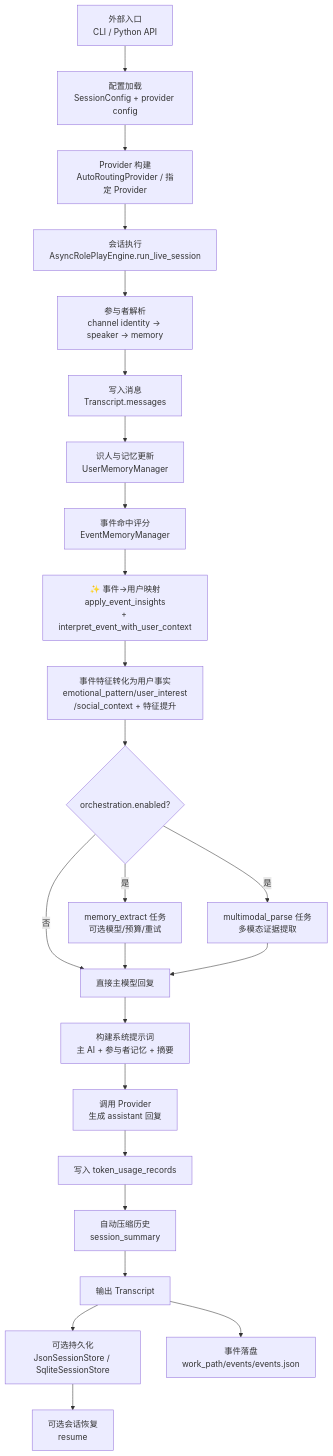
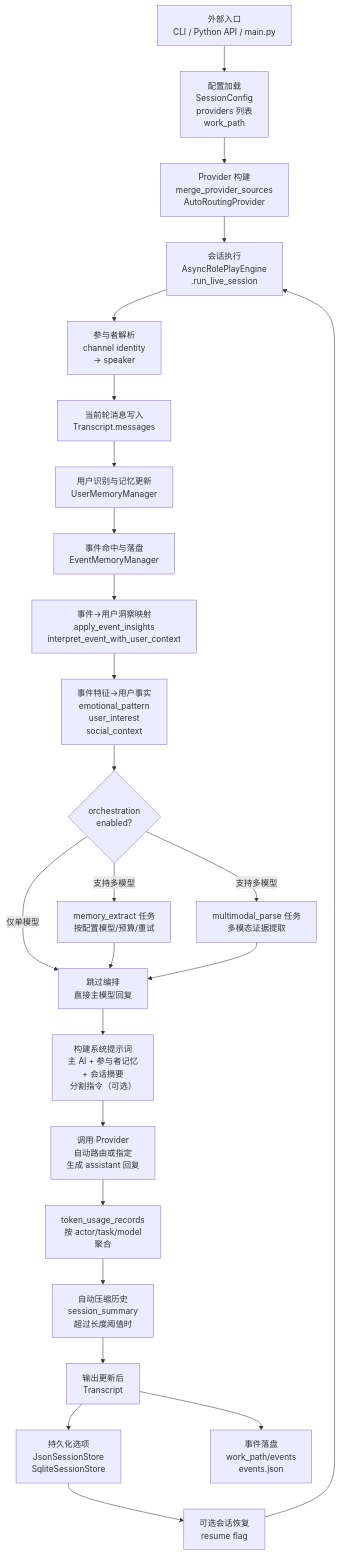
The first of 3 diagrams in docs/full-architecture-flow.md (Sparrived/SiriusChat), drawn with Mermaid before and after one commit. The commit also changed other lines of this file and 3 other files, not shown here.

````diff
--- a/docs/full-architecture-flow.md
+++ b/docs/full-architecture-flow.md
@@ -12,31 +12,32 @@
 ```mermaid
 flowchart TD
-    A[外部入口\nCLI / Python API] --> B[配置加载\nSessionConfig + provider config]
-    B --> C[Provider 构建\nAutoRoutingProvider / 指定 Provider]
-    C --> D[会话执行\nAsyncRolePlayEngine.run_live_session]
+    A["外部入口<br/>CLI / Python API / main.py"] --> B["配置加载<br/>SessionConfig<br/>providers 列表<br/>work_path"]
+    B --> C["Provider 构建<br/>merge_provider_sources<br/>AutoRoutingProvider"]
+    C --> D["会话执行<br/>AsyncRolePlayEngine<br/>.run_live_session"]
 
-    D --> E[参与者解析\nchannel identity -> speaker -> memory]
-    E --> F[写入消息\nTranscript.messages]
-    F --> G[识人与记忆更新\nUserMemoryManager]
-    G --> G2[事件命中评分\nEventMemoryManager]
+    D --> E["参与者解析<br/>channel identity<br/>-&gt; speaker"]
+    E --> F["当前轮消息写入<br/>Transcript.messages"]
+    F --> G["用户识别与记忆更新<br/>UserMemoryManager"]
+    G --> G2["事件命中与落盘<br/>EventMemoryManager"]
     
-    G2 --> G3[✨ 事件→用户映射\napply_event_insights\n+ interpret_event_with_user_context]
-    G3 --> G4[事件特征转化为用户事实\nemotional_pattern/user_interest\n/social_context + 特征提升]
+    G2 --> G3["事件→用户洞察映射<br/>apply_event_insights<br/>interpret_event_with_user_context"]
+    G3 --> G4["事件特征→用户事实<br/>emotional_pattern<br/>user_interest<br/>social_context"]
 
-    G4 --> H{orchestration.enabled?}
-    H -- 是 --> I[memory_extract 任务\n可选模型/预算/重试]
-    H -- 是 --> J[multimodal_parse 任务\n多模态证据提取]
-    H -- 否 --> K[直接主模型回复]
+    G4 --> H{orchestration<br/>enabled?}
+    H -- 支持多模型 --> I["memory_extract 任务<br/>按配置模型/预算/重试"]
+    H -- 支持多模型 --> J["multimodal_parse 任务<br/>多模态证据提取"]
+    H -- 仅单模型 --> K["跳过编排<br/>直接主模型回复"]
     I --> K
     J --> K
 
-    K --> L[构建系统提示词\n主 AI + 参与者记忆 + 摘要]
-    L --> M[调用 Provider\n生成 assistant 回复]
-    M --> N[写入 token_usage_records]
-    N --> O[自动压缩历史\nsession_summary]
-    O --> P[输出 Transcript]
+    K --> L["构建系统提示词<br/>主 AI + 参与者记忆<br/>+ 会话摘要<br/>分割指令（可选）"]
+    L --> M["调用 Provider<br/>自动路由或指定<br/>生成 assistant 回复"]
+    M --> N["token_usage_records<br/>按 actor/task/model<br/>聚合"]
+    N --> O["自动压缩历史<br/>session_summary<br/>超过长度阈值时"]
+    O --> P["输出更新后<br/>Transcript"]
 
-    P --> Q[可选持久化\nJsonSessionStore / SqliteSessionStore]
-    P --> Q2[事件落盘\nwork_path/events/events.json]
-    Q --> R[可选会话恢复\nresume]
+    P --> Q["持久化选项<br/>JsonSessionStore<br/>SqliteSessionStore"]
+    P --> Q2["事件落盘<br/>work_path/events<br/>events.json"]
+    Q --> R["可选会话恢复<br/>resume flag"]
+    R --> D
 ```
````
